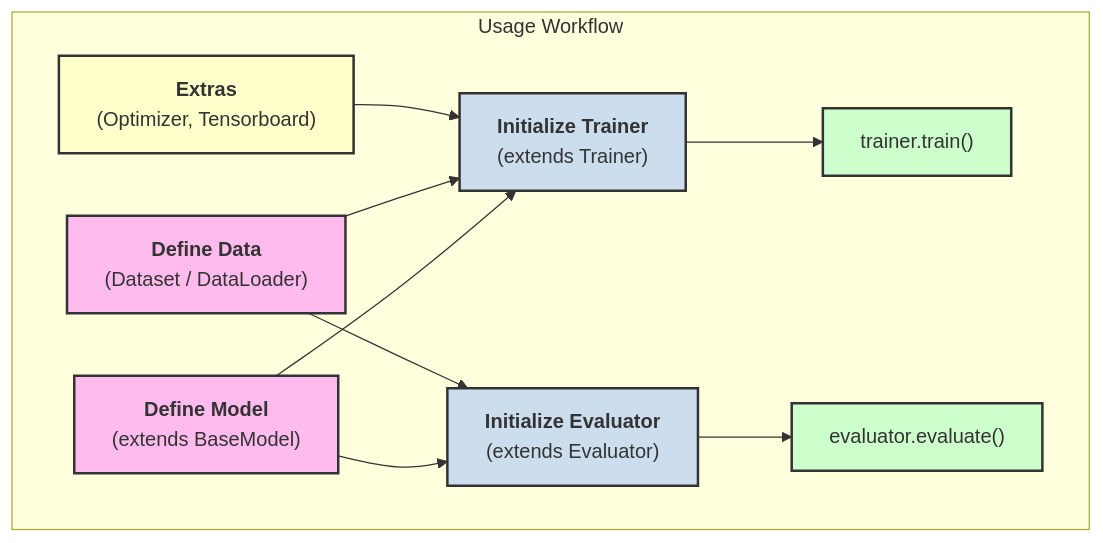
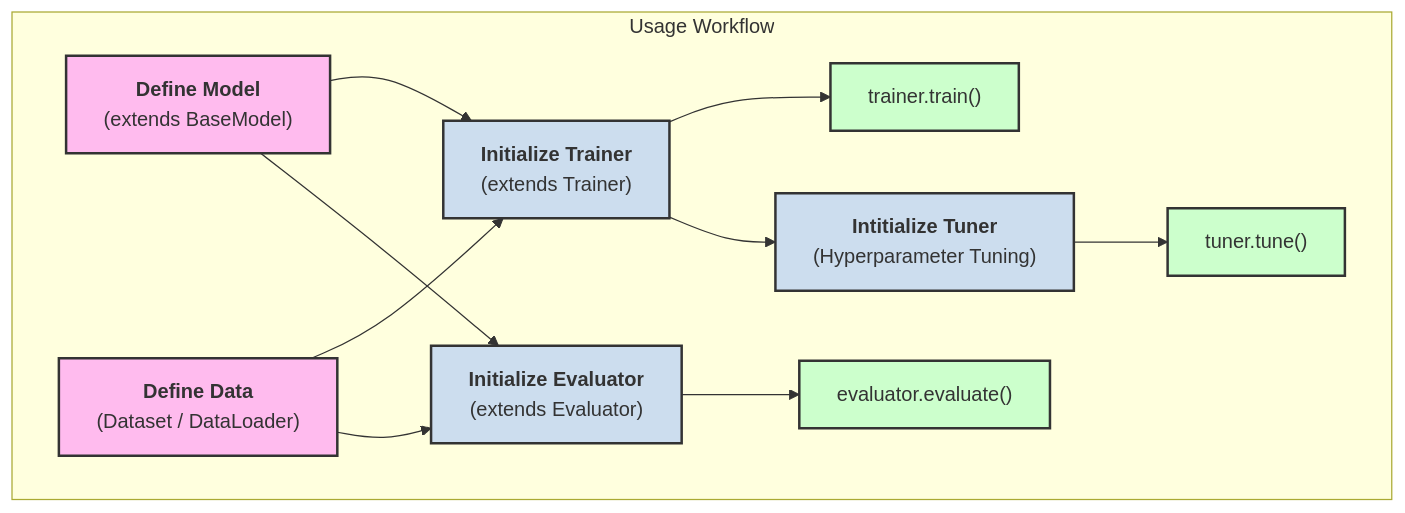
The diagram in README.md (noahpy/my_pytorch_kit), drawn with Mermaid before and after one commit. The commit also changed other lines of this file, not shown here.

````diff
--- a/README.md
+++ b/README.md
@@ -21,30 +21,35 @@
 ```mermaid
 graph TD
     subgraph "Usage Workflow"
         A["<b>Define Model</b><br/>(extends BaseModel)"]
         B["<b>Define Data</b><br/>(Dataset / DataLoader)"]
         G["<b>Extras</b><br/>(Optimizer, Tensorboard)"]
         C["<b>Initialize Trainer</b><br/>(extends Trainer)"]
         D["<b>Initialize Evaluator</b><br/>(extends Evaluator)"]
         E["trainer.train()"]
         F["evaluator.evaluate()"]
+        G["<b>Intitialize Tuner</b><br/>(Hyperparameter Tuning)"]
+        H["tuner.tune()"]
     end
 
     %% Define node relationships
     A --> C
     B --> C
-    G --> C
     A --> D
     B --> D
     C --> E
     D --> F
+    C --> G
+    G --> H
 
     %% Style the nodes
     style A fill:#fbe,stroke:#333,stroke-width:2px
     style B fill:#fbe,stroke:#333,stroke-width:2px
     style G fill:#ffc,stroke:#333,stroke-width:2px
     style C fill:#cde,stroke:#333,stroke-width:2px
     style D fill:#cde,stroke:#333,stroke-width:2px
     style E fill:#cfc,stroke:#333,stroke-width:2px
     style F fill:#cfc,stroke:#333,stroke-width:2px
+    style G fill:#cde,stroke:#333,stroke-width:2px
+    style H fill:#cfc,stroke:#333,stroke-width:2px
 ```
````
